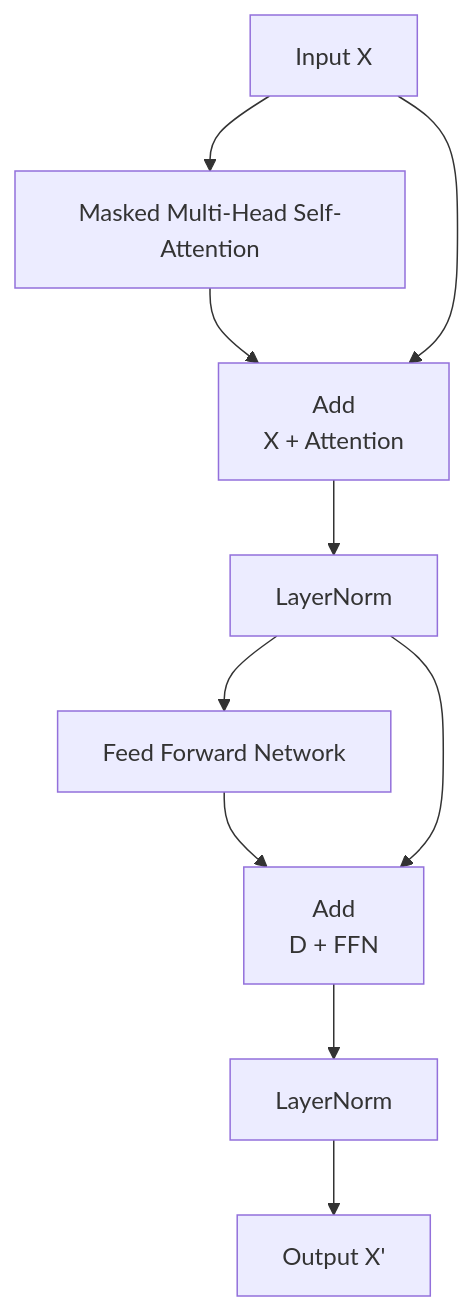
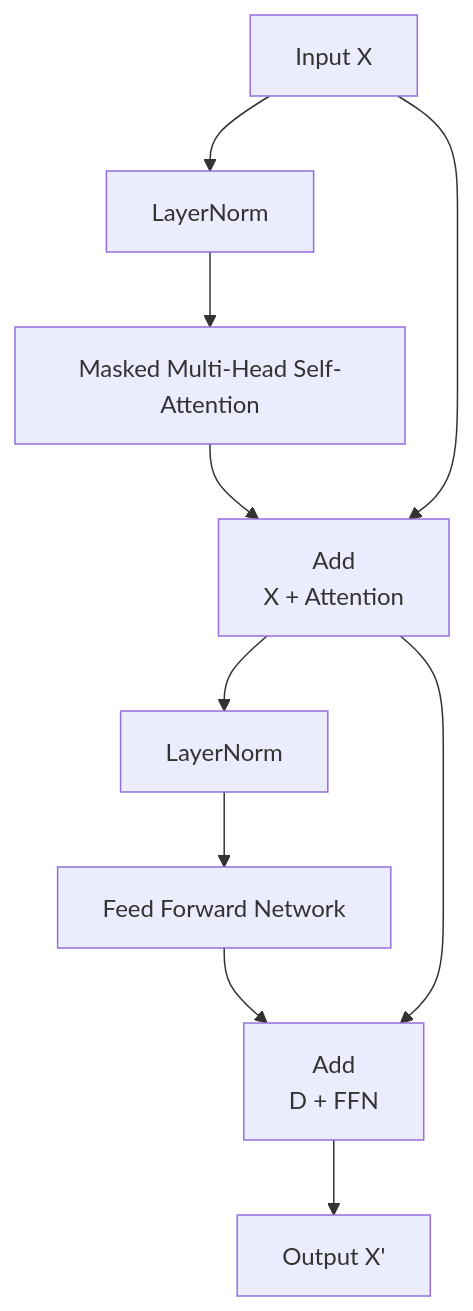
The tenth of 10 diagrams in src/content/blog/2026-07-02-llm-transformer와-self-attention-이해하기.md (jwsung91/jwsung91.github.io), drawn with Mermaid before and after one commit. The commit also changed other lines of this file and 35 other files, not shown here.

````diff
--- a/src/content/blog/2026-07-02-llm-transformer와-self-attention-이해하기.md
+++ b/src/content/blog/2026-07-02-llm-transformer와-self-attention-이해하기.md
@@ -305,12 +315,12 @@
 ```mermaid
 flowchart TD
-    A[Input X] --> B[Masked Multi-Head Self-Attention]
-    B --> C[Add<br/>X + Attention]
-    A --> C
-    C --> D[LayerNorm]
-    D --> E[Feed Forward Network]
-    E --> F[Add<br/>D + FFN]
-    D --> F
-    F --> G[LayerNorm]
+    A[Input X] --> B[LayerNorm]
+    B --> C[Masked Multi-Head Self-Attention]
+    C --> D[Add<br/>X + Attention]
+    A --> D
+    D --> E[LayerNorm]
+    E --> F[Feed Forward Network]
+    F --> G[Add<br/>D + FFN]
+    D --> G
     G --> H[Output X']
 ```
````
